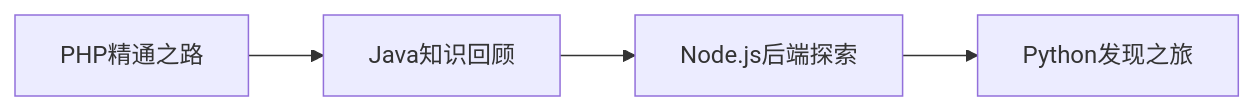
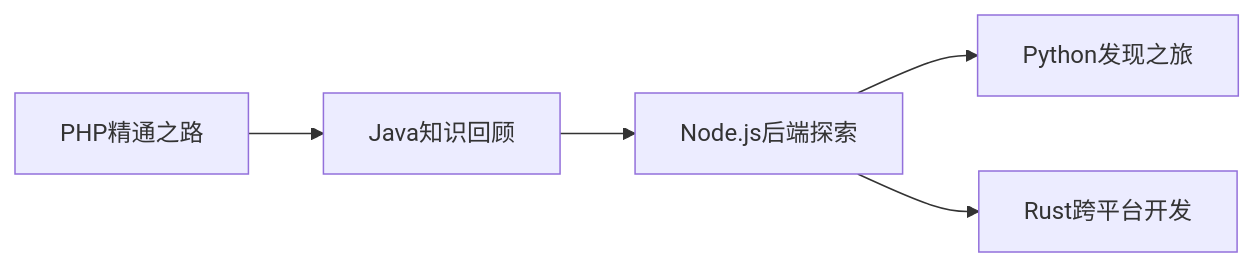
The second of 2 diagrams in README.md (x-rush/dev-quest), drawn with Mermaid before and after one commit. The commit also changed other lines of this file and 4 other files, not shown here.

````diff
--- a/README.md
+++ b/README.md
@@ -61,6 +61,7 @@
 ```mermaid
 graph LR
     G[PHP精通之路] --> H[Java知识回顾]
     H --> I[Node.js后端探索]
     I --> J[Python发现之旅]
+    I --> K[Rust跨平台开发]
 ```
````
